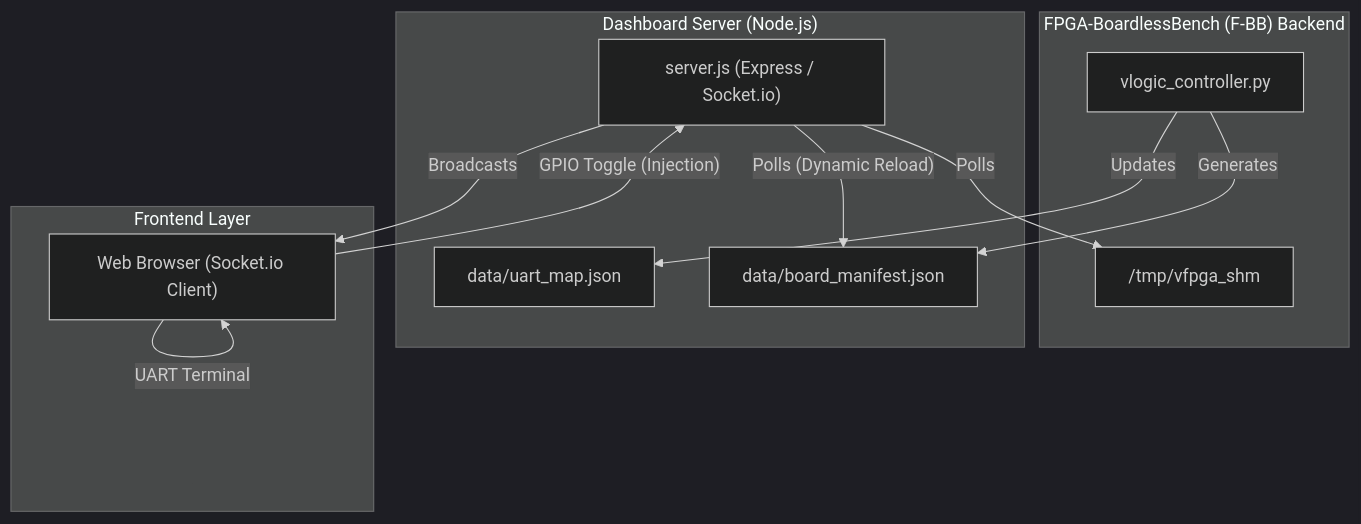
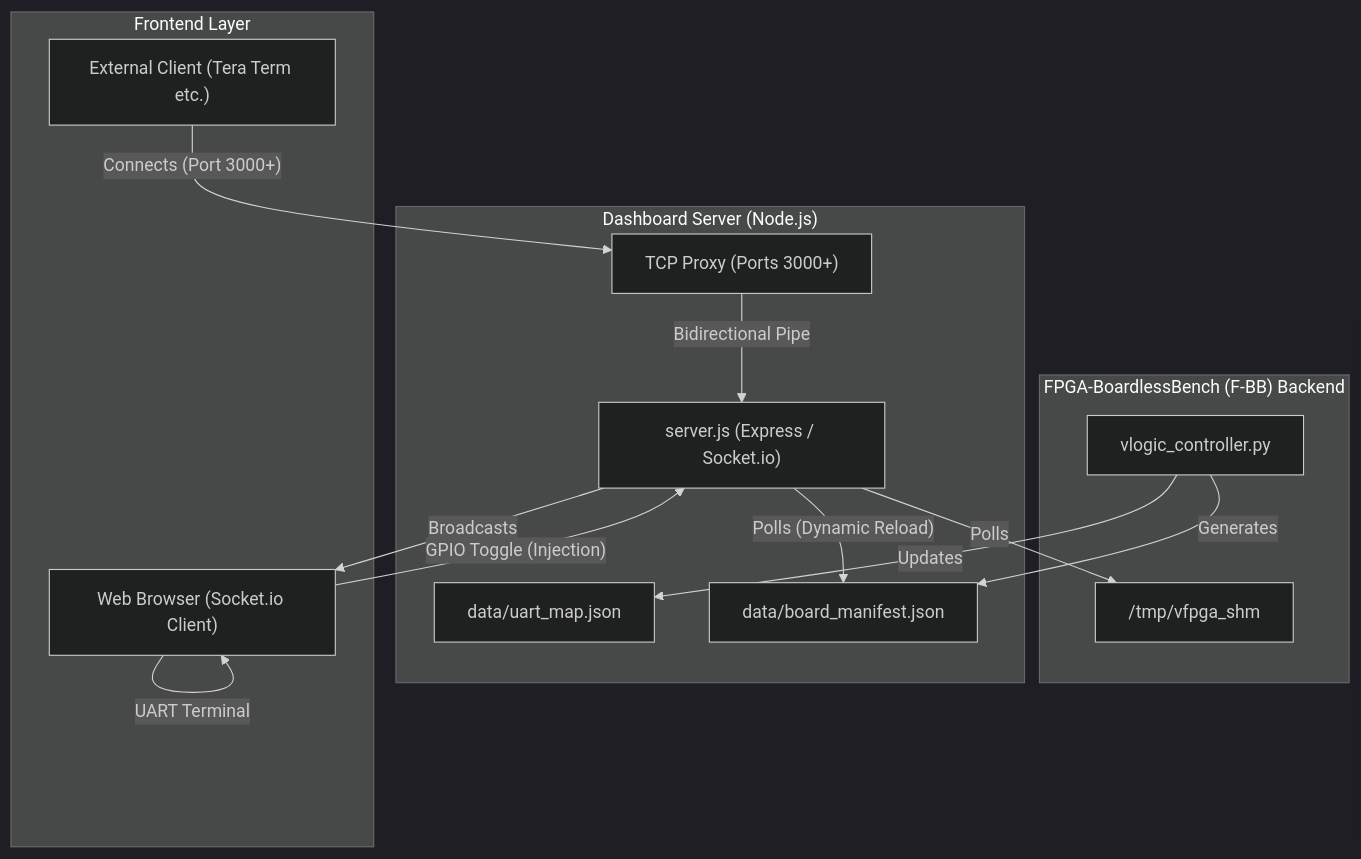
Before and after one commit to sirosiro/FPGA-BoardlessBench: the diagram in dashboard/README.md, drawn with Mermaid (dark theme). The commit also changed other lines of this file and 17 other files, not shown here.

First line of the commit message:
feat(dashboard): support simultaneous multi-UART monitoring and external TCP proxies

````diff
--- a/dashboard/README.md
+++ b/dashboard/README.md
@@ -15,26 +15,30 @@
 ```mermaid
 graph TD
     subgraph "FPGA-BoardlessBench (F-BB) Backend"
         VLogic["vlogic_controller.py"]
         SHM["/tmp/vfpga_shm"]
     end
 
     subgraph "Dashboard Server (Node.js)"
         Srv["server.js (Express / Socket.io)"]
         Map["data/uart_map.json"]
         Manifest["data/board_manifest.json"]
+        Proxy["TCP Proxy (Ports 3000+)"]
     end
 
     subgraph "Frontend Layer"
         Client["Web Browser (Socket.io Client)"]
+        ExtClient["External Client (Tera Term etc.)"]
     end
 
     VLogic -- "Generates" --> Manifest
     VLogic -- "Updates" --> Map
     Srv -- "Polls (Dynamic Reload)" --> Manifest
     Srv -- "Polls" --> SHM
     Srv -- "Broadcasts" --> Client
     Client -- "GPIO Toggle (Injection)" --> Srv
-    Client -- "Registers View" --> Client
     Client -- "UART Terminal" --> Client
+    
+    ExtClient -- "Connects (Port 3000+)" --> Proxy
+    Proxy -- "Bidirectional Pipe" --> Srv
 ```
````
